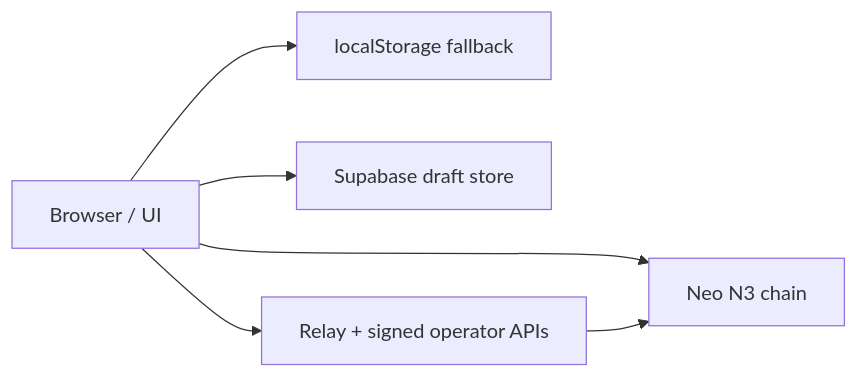
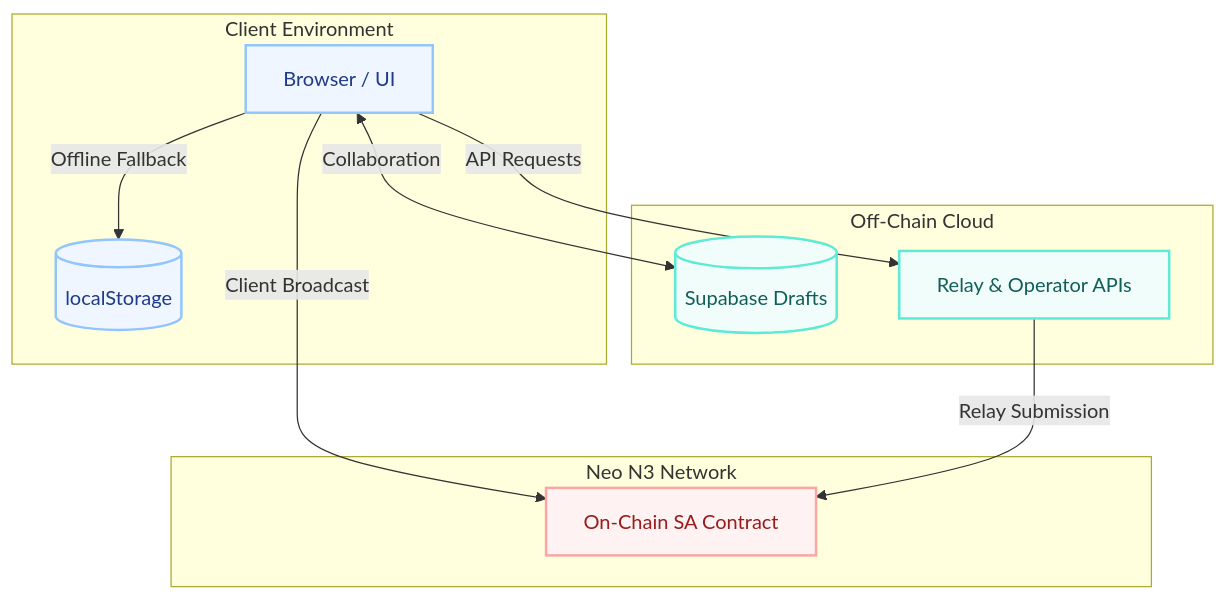
One commit to r3e-network/neo-os-aa changed the first of 5 diagrams in frontend/src/assets/docs/data-flow.md. Above: the diagram before and after it, drawn with Mermaid. The commit also changed other lines of this file and 148 other files, not shown here.

````diff
--- a/frontend/src/assets/docs/data-flow.md
+++ b/frontend/src/assets/docs/data-flow.md
@@ -9,14 +11,30 @@
 ```mermaid
-flowchart LR
-  Browser[Browser / UI]
-  Local[localStorage fallback]
-  Supabase[Supabase draft store]
-  Relay[Relay + signed operator APIs]
-  Chain[Neo N3 chain]
+flowchart TD
+  subgraph Client [Client Environment]
+    Browser[Browser / UI]
+    Local[(localStorage)]
+  end
 
-  Browser --> Local
-  Browser --> Supabase
-  Browser --> Relay
-  Browser --> Chain
-  Relay --> Chain
+  subgraph Cloud [Off-Chain Cloud]
+    Supabase[(Supabase Drafts)]
+    Relay[Relay & Operator APIs]
+  end
+
+  subgraph Blockchain [Neo N3 Network]
+    Chain[On-Chain SA Contract]
+  end
+
+  Browser -->|Offline Fallback| Local
+  Browser <-->|Collaboration| Supabase
+  Browser -->|API Requests| Relay
+  Browser -->|Client Broadcast| Chain
+  Relay -->|Relay Submission| Chain
+
+  classDef client fill:#eff6ff,stroke:#93c5fd,stroke-width:2px,color:#1e3a8a
+  classDef cloud fill:#f0fdfa,stroke:#5eead4,stroke-width:2px,color:#115e59
+  classDef chain fill:#fef2f2,stroke:#fca5a5,stroke-width:2px,color:#991b1b
+
+  class Browser,Local client
+  class Supabase,Relay cloud
+  class Chain chain
 ```
````
